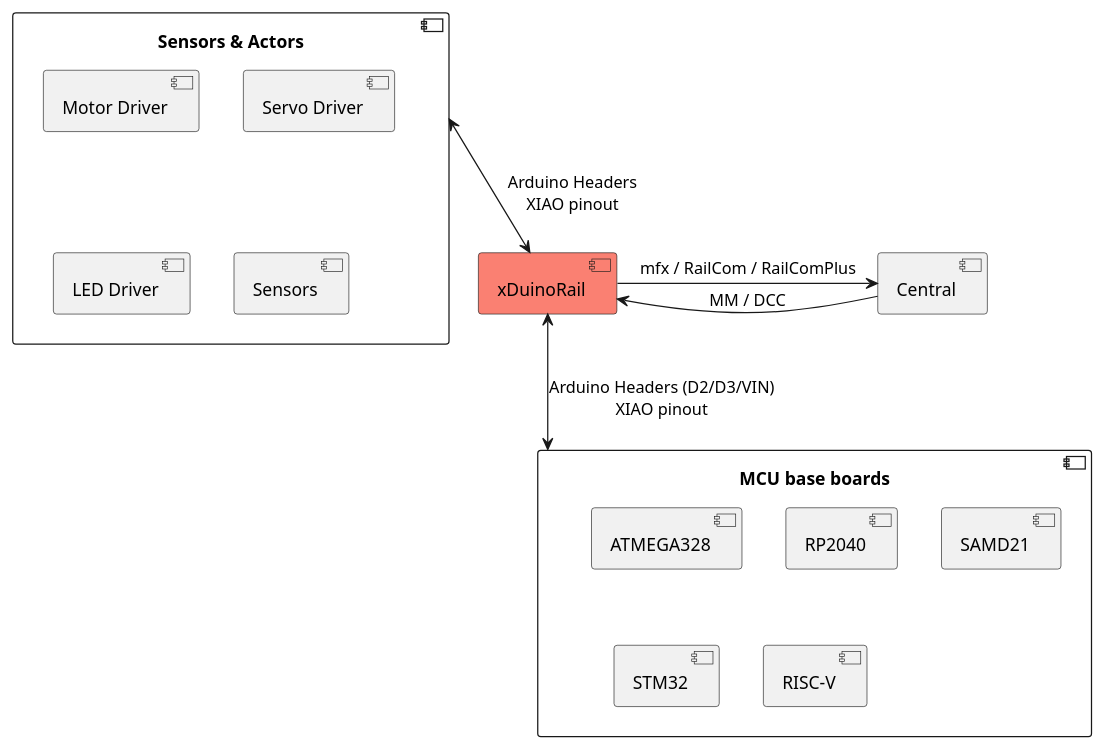
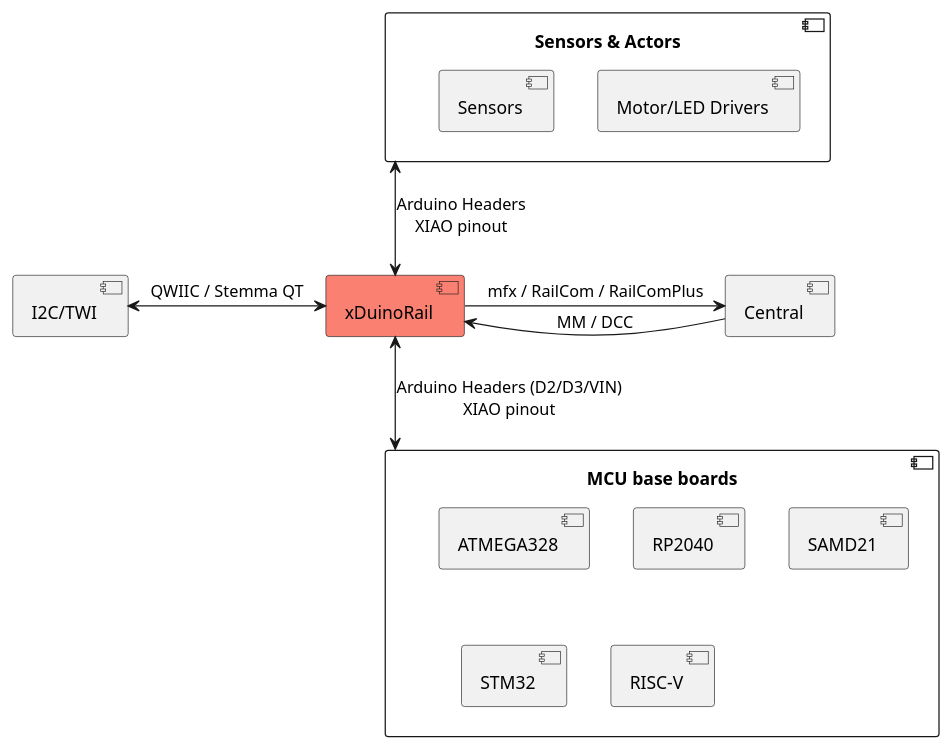
Before and after one commit to chatelao/xDuinoRail-Decoder: the diagram in overview.puml, drawn with PlantUML.

```diff
--- a/overview.puml
+++ b/overview.puml
@@ -1,32 +1,33 @@
 @startuml
 
 component "Central" as Central
 
 component "xDuinoRail" as Decoder#Salmon
 
 Decoder <- Central : MM / DCC
 Central <- Decoder : mfx / RailCom / RailComPlus
 
+component "I2C/TWI" as I2C
+
+I2C <-> Decoder: "QWIIC / Stemma QT"
 
 component "MCU base boards" as MCU {
 
 component ATMEGA328
 component RP2040
 component SAMD21
 component STM32
 component "RISC-V"
 
 }
 Decoder <--> MCU : "Arduino Headers (D2/D3/VIN)\nXIAO pinout"
 
 component "Sensors & Actors" as SENS {
 
-component "Motor Driver"
-component "Servo Driver"
-component "LED Driver"
+component "Motor/LED Drivers"
 component "Sensors"
 
 }
 SENS <--> Decoder : "Arduino Headers\nXIAO pinout"
 
 @enduml
```
